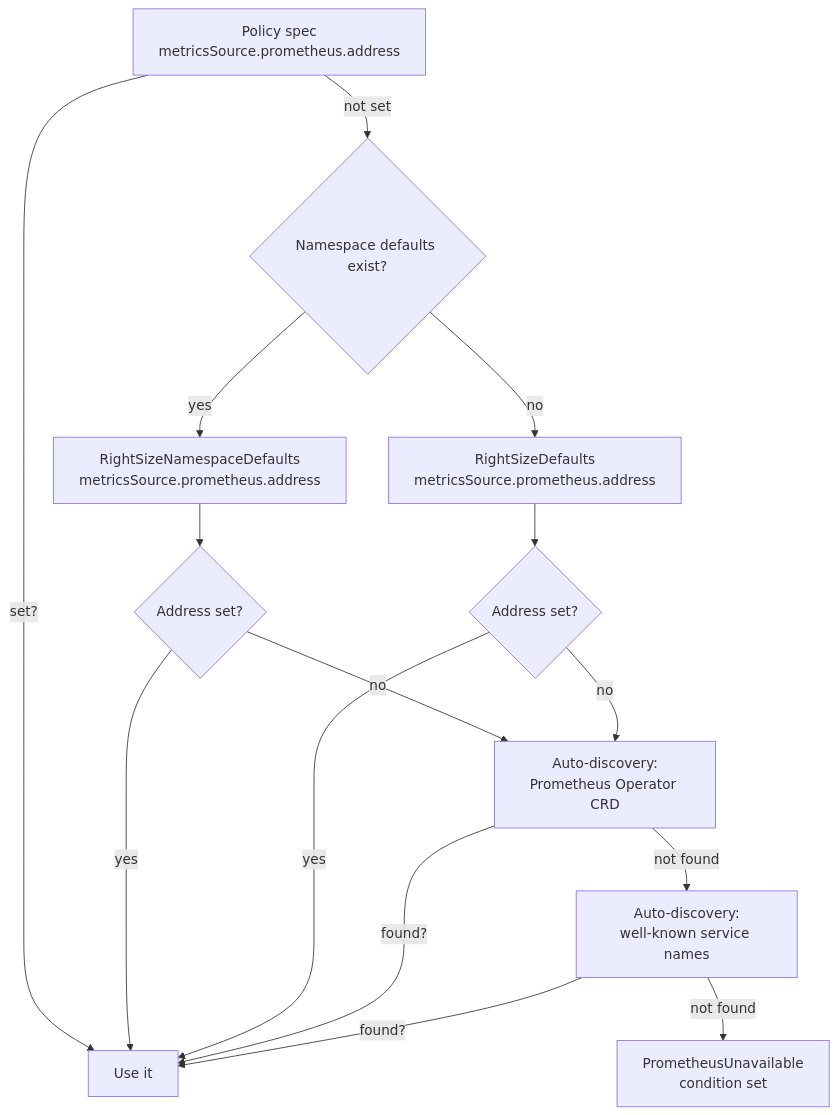
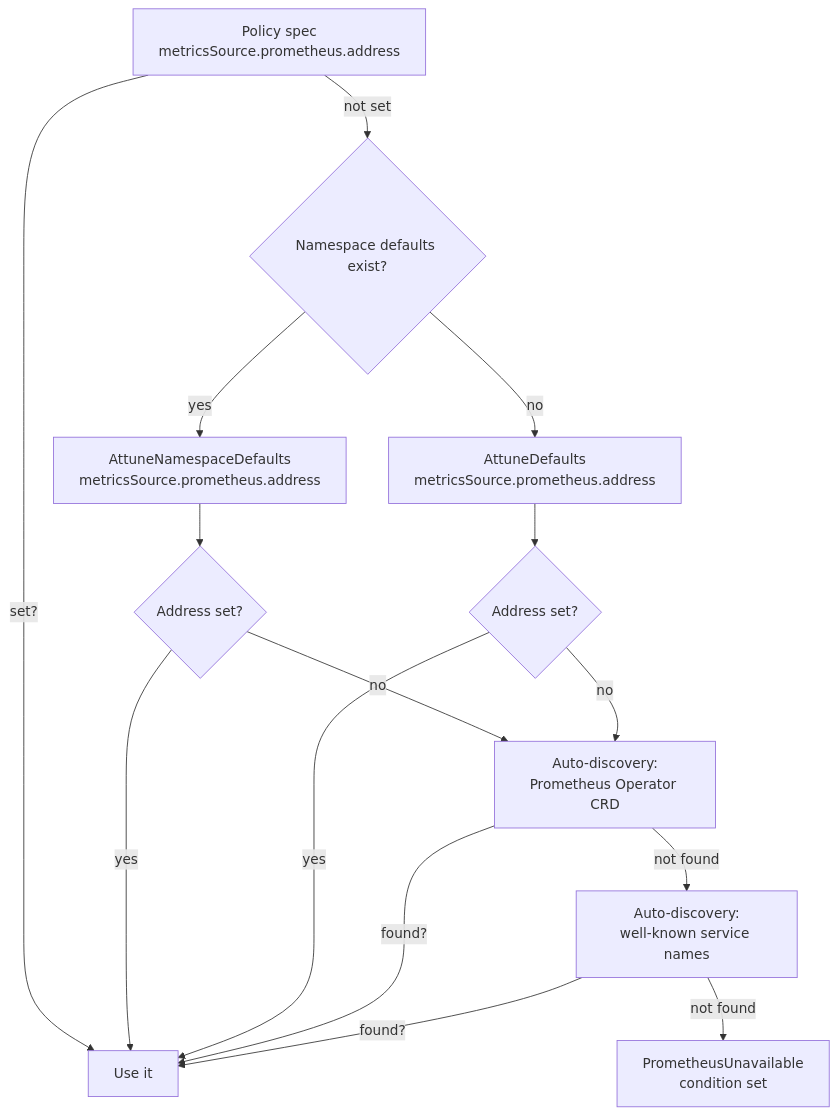
Before and after one commit to attune-io/attune: the diagram in docs/guides/prometheus-setup.md, drawn with Mermaid. The commit also changed other lines of this file and 323 other files, not shown here.

````diff
--- a/docs/guides/prometheus-setup.md
+++ b/docs/guides/prometheus-setup.md
@@ -37,17 +37,17 @@
 ```mermaid
 flowchart TD
     A[Policy spec<br/>metricsSource.prometheus.address] -->|set?| Z[Use it]
     A -->|not set| B{Namespace defaults exist?}
-    B -->|yes| C[RightSizeNamespaceDefaults<br/>metricsSource.prometheus.address]
+    B -->|yes| C[AttuneNamespaceDefaults<br/>metricsSource.prometheus.address]
     C --> D{Address set?}
     D -->|yes| Z
     D -->|no| G[Auto-discovery:<br/>Prometheus Operator CRD]
-    B -->|no| E[RightSizeDefaults<br/>metricsSource.prometheus.address]
+    B -->|no| E[AttuneDefaults<br/>metricsSource.prometheus.address]
     E --> F{Address set?}
     F -->|yes| Z
     F -->|no| G
     G -->|found?| Z
     G -->|not found| H[Auto-discovery:<br/>well-known service names]
     H -->|found?| Z
     H -->|not found| I[PrometheusUnavailable<br/>condition set]
 ```
````
